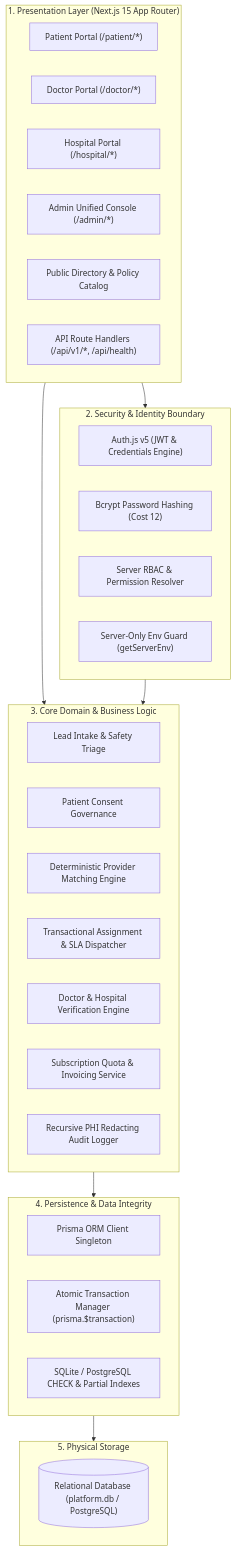
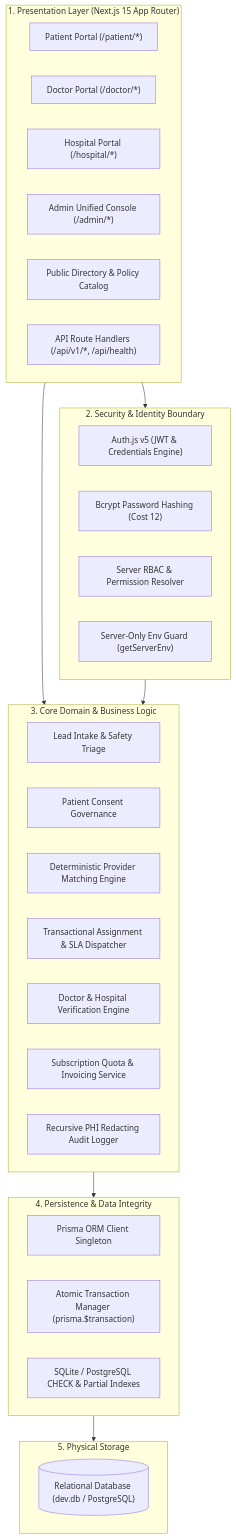
The second of 8 diagrams in docs/SYSTEM_ARCHITECTURE.md (girish1143/medi), drawn with Mermaid before and after one commit. The commit also changed other lines of this file and 215 other files, not shown here.

````diff
--- a/docs/SYSTEM_ARCHITECTURE.md
+++ b/docs/SYSTEM_ARCHITECTURE.md
@@ -75,44 +75,44 @@
 ```mermaid
 flowchart TD
     subgraph PresentationLayer["1. Presentation Layer (Next.js 15 App Router)"]
         PatientPortal["Patient Portal (/patient/*)"]
         DoctorPortal["Doctor Portal (/doctor/*)"]
         HospitalPortal["Hospital Portal (/hospital/*)"]
         AdminDashboard["Admin Unified Console (/admin/*)"]
         PublicCatalog["Public Directory & Policy Catalog"]
         RouteHandlers["API Route Handlers (/api/v1/*, /api/health)"]
     end
 
     subgraph AuthLayer["2. Security & Identity Boundary"]
         NextAuth["Auth.js v5 (JWT & Credentials Engine)"]
         PasswordModule["Bcrypt Password Hashing (Cost 12)"]
         RBACGuard["Server RBAC & Permission Resolver"]
         SecretIsolation["Server-Only Env Guard (getServerEnv)"]
     end
 
     subgraph ServiceLayer["3. Core Domain & Business Logic"]
         TriageService["Lead Intake & Safety Triage"]
         ConsentService["Patient Consent Governance"]
         MatchingEngine["Deterministic Provider Matching Engine"]
         AssignmentService["Transactional Assignment & SLA Dispatcher"]
         ProviderKYCService["Doctor & Hospital Verification Engine"]
         BillingService["Subscription Quota & Invoicing Service"]
         AuditService["Recursive PHI Redacting Audit Logger"]
     end
 
     subgraph DataAccessLayer["4. Persistence & Data Integrity"]
         PrismaClient["Prisma ORM Client Singleton"]
         TxManager["Atomic Transaction Manager (prisma.$transaction)"]
         ConstraintEnforcer["SQLite / PostgreSQL CHECK & Partial Indexes"]
     end
 
     subgraph StorageEngine["5. Physical Storage"]
-        PrimaryDB[("Relational Database (platform.db / PostgreSQL)")]
+        PrimaryDB[("Relational Database (dev.db / PostgreSQL)")]
     end
 
     PresentationLayer --> AuthLayer
     PresentationLayer --> ServiceLayer
     AuthLayer --> ServiceLayer
     ServiceLayer --> DataAccessLayer
     DataAccessLayer --> StorageEngine
 ```
````
